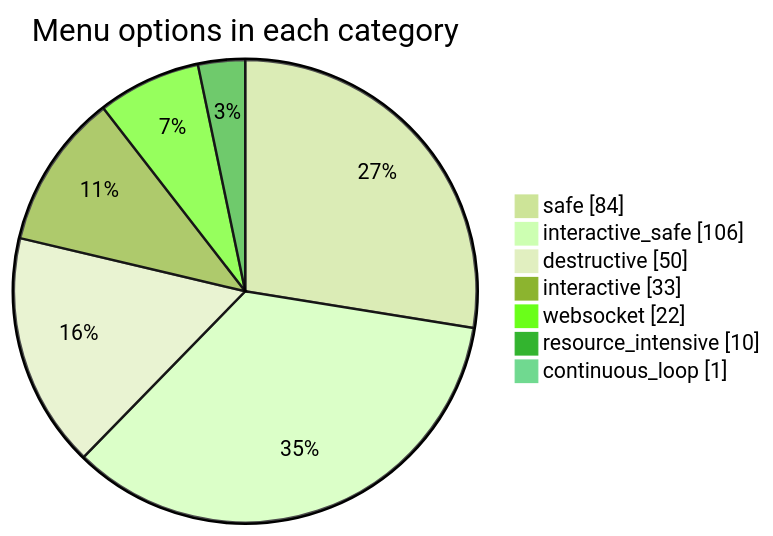
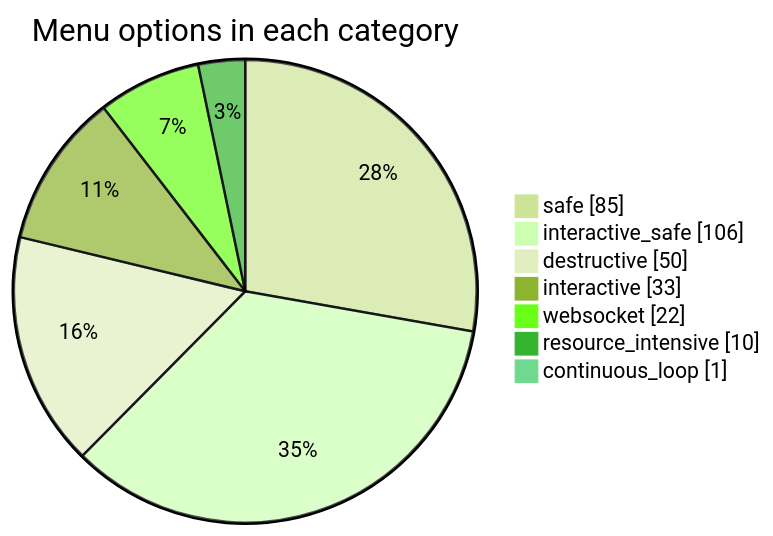
One commit to jmorrison-juniper/MistHelper changed the third of 3 diagrams in documentation/menu-api/README.md. Above: the diagram before and after it, drawn with Mermaid (forest theme). The commit also changed other lines of this file and 40 other files, not shown here.

````diff
--- a/documentation/menu-api/README.md
+++ b/documentation/menu-api/README.md
@@ -61,11 +61,11 @@
 ```mermaid
 pie showData
     title Menu options in each category
-    "safe" : 84
+    "safe" : 85
     "interactive_safe" : 106
     "destructive" : 50
     "interactive" : 33
     "websocket" : 22
     "resource_intensive" : 10
     "continuous_loop" : 1
 ```
````
